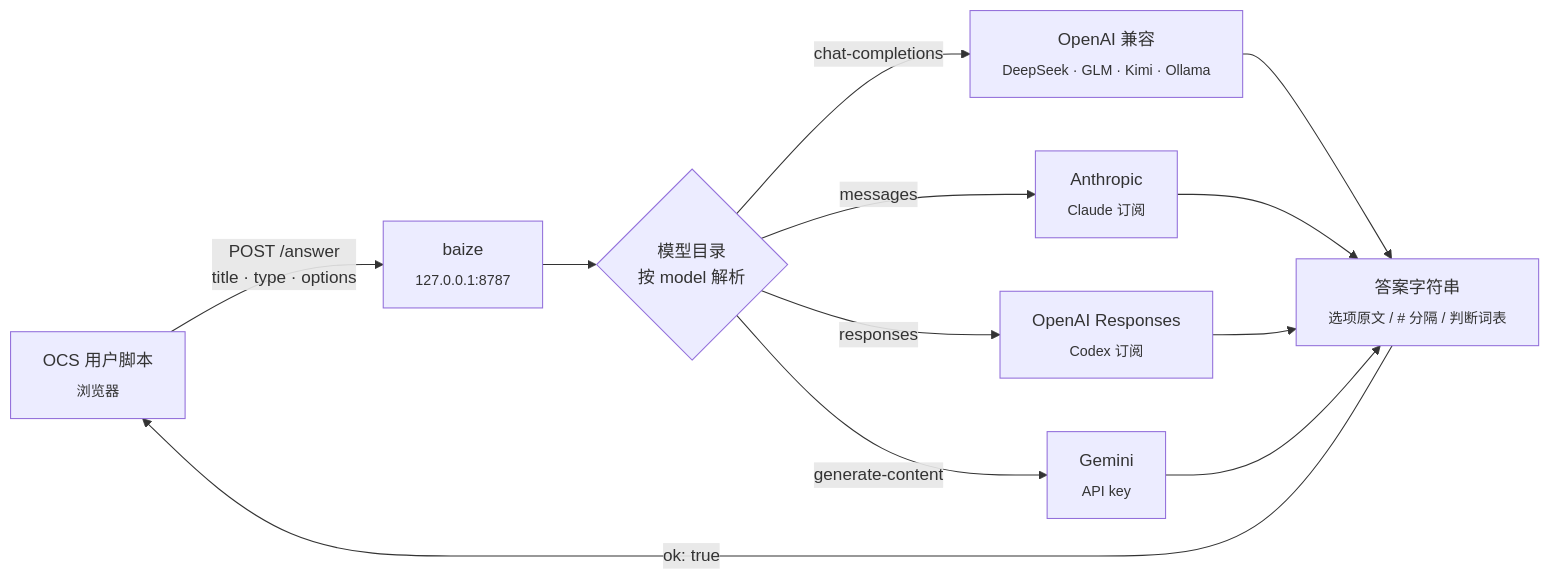
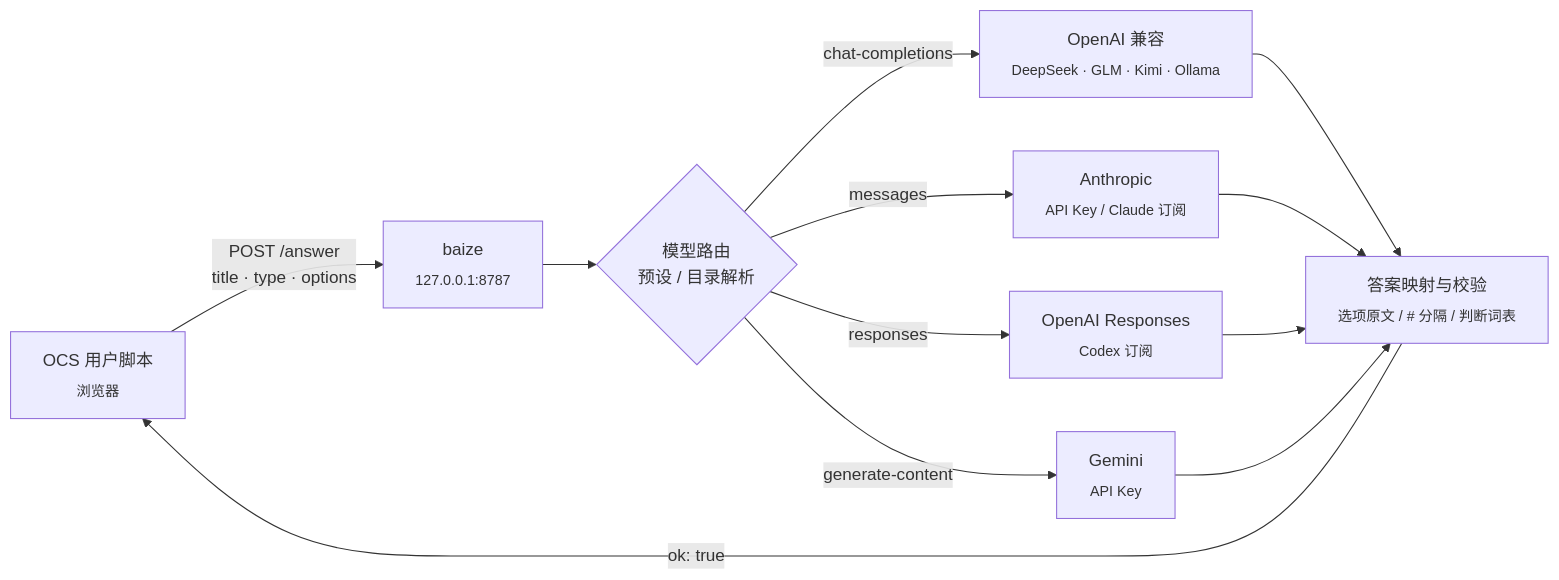
The first of 2 diagrams in README.md (Ghost-king-gk/baize), drawn with Mermaid before and after one commit. The commit also changed other lines of this file, not shown here.

````diff
--- a/README.md
+++ b/README.md
@@ -31,14 +30,11 @@
 ```mermaid
 flowchart LR
     A["OCS 用户脚本<br/><sub>浏览器</sub>"] -->|"POST /answer<br/>title · type · options"| B["baize<br/><sub>127.0.0.1:8787</sub>"]
-    B --> C{"模型目录<br/>按 model 解析"}
+    B --> C{"模型路由<br/>预设 / 目录解析"}
     C -->|"chat-completions"| D["OpenAI 兼容<br/><sub>DeepSeek · GLM · Kimi · Ollama</sub>"]
-    C -->|"messages"| E["Anthropic<br/><sub>Claude 订阅</sub>"]
+    C -->|"messages"| E["Anthropic<br/><sub>API Key / Claude 订阅</sub>"]
     C -->|"responses"| F["OpenAI Responses<br/><sub>Codex 订阅</sub>"]
-    C -->|"generate-content"| G["Gemini<br/><sub>API key</sub>"]
-    D --> H["答案字符串<br/><sub>选项原文 / # 分隔 / 判断词表</sub>"]
-    E --> H
-    F --> H
-    G --> H
+    C -->|"generate-content"| G["Gemini<br/><sub>API Key</sub>"]
+    D & E & F & G --> H["答案映射与校验<br/><sub>选项原文 / # 分隔 / 判断词表</sub>"]
     H -->|"ok: true"| A
 ```
````
